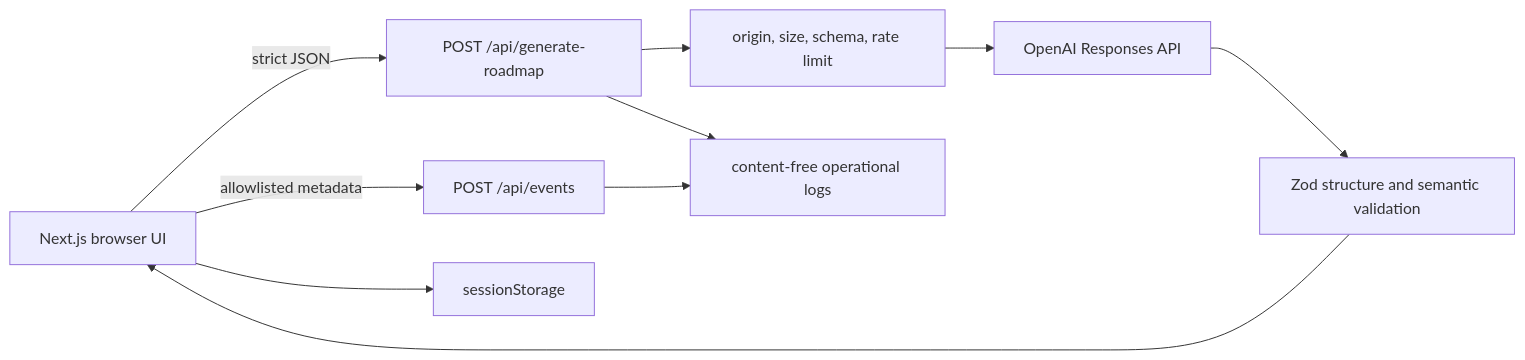
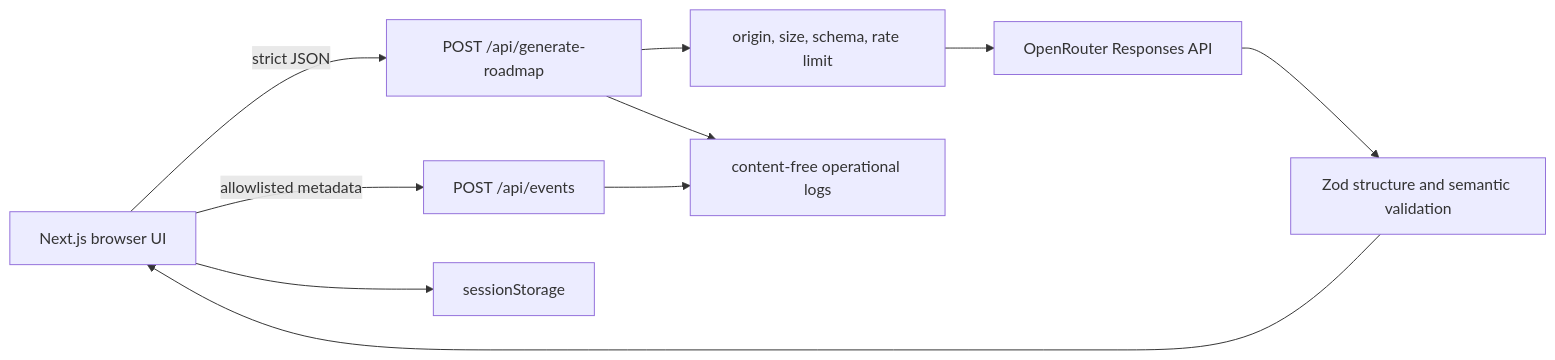
Before and after one commit to HtetLinLinNaing/DevPath-AI: the diagram in README.md, drawn with Mermaid. The commit also changed other lines of this file and 2 other files, not shown here.

Commit message:
docs: configure OpenRouter environment

````diff
--- a/README.md
+++ b/README.md
@@ -47,12 +51,12 @@
 ```mermaid
 flowchart LR
   Browser[Next.js browser UI] -->|strict JSON| Generate[POST /api/generate-roadmap]
   Browser -->|allowlisted metadata| Events[POST /api/events]
   Generate --> Guard[origin, size, schema, rate limit]
-  Guard --> AI[OpenAI Responses API]
+  Guard --> AI[OpenRouter Responses API]
   AI --> Validate[Zod structure and semantic validation]
   Validate --> Browser
   Browser --> Session[sessionStorage]
   Generate --> Logs[content-free operational logs]
   Events --> Logs
 ```
````
